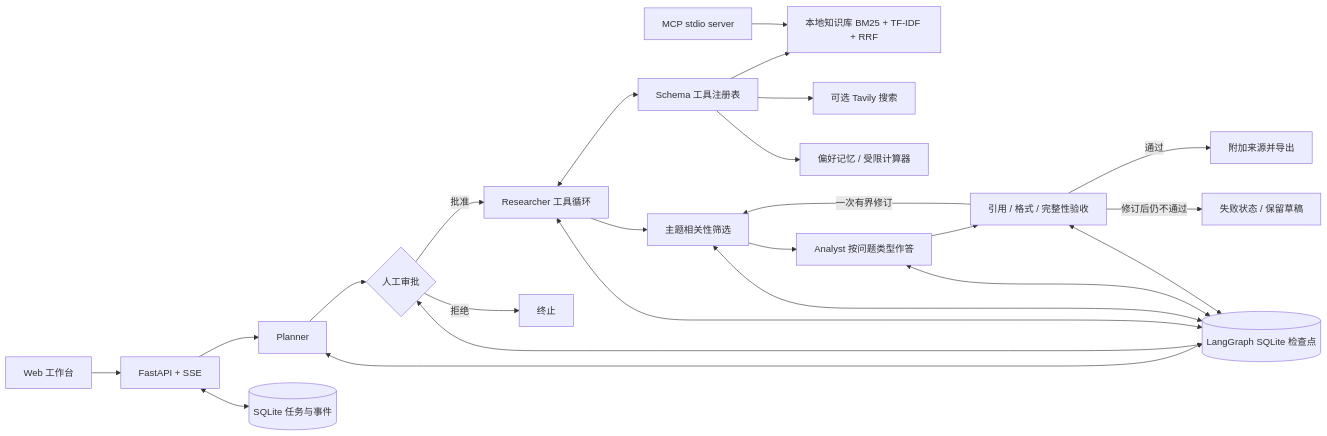
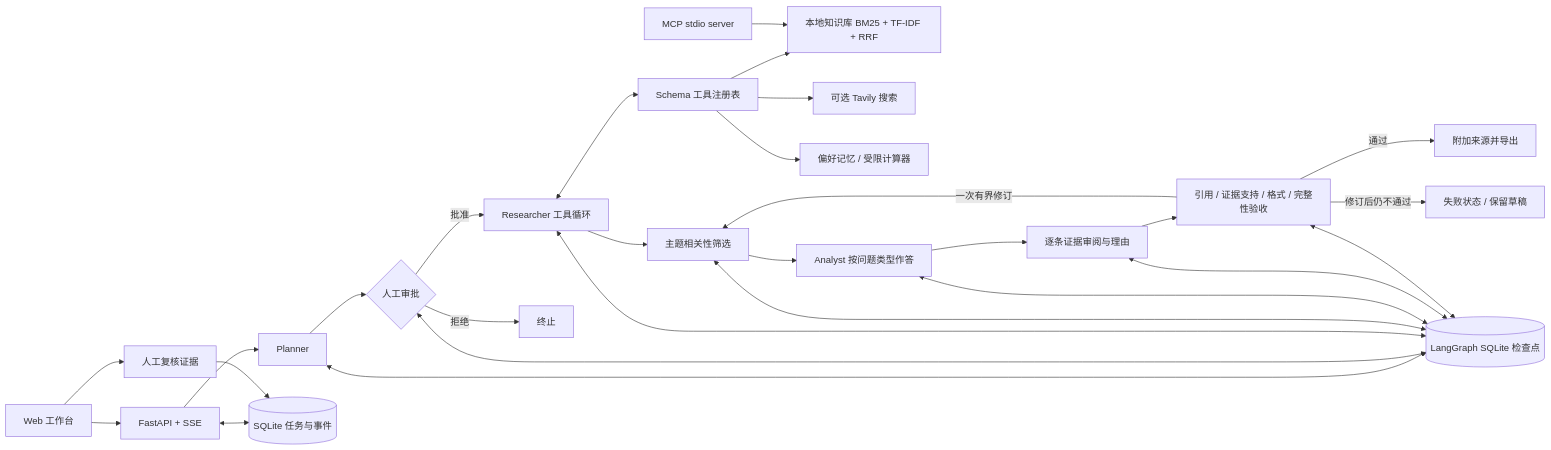
Before and after one commit to qingafun/evidenceforge-agent: the diagram in docs/ARCHITECTURE.md, drawn with Mermaid. The commit also changed other lines of this file and 15 other files, not shown here.

````diff
--- a/docs/ARCHITECTURE.md
+++ b/docs/ARCHITECTURE.md
@@ -5,21 +5,24 @@
 ```mermaid
 flowchart LR
     UI[Web 工作台] --> API[FastAPI + SSE]
     API --> P[Planner]
     P --> H{人工审批}
     H -- 批准 --> R[Researcher 工具循环]
     H -- 拒绝 --> X[终止]
     R <--> T[Schema 工具注册表]
     T --> K[本地知识库 BM25 + TF-IDF + RRF]
     T --> W[可选 Tavily 搜索]
     T --> M[偏好记忆 / 受限计算器]
     R --> E[主题相关性筛选]
     E --> A[Analyst 按问题类型作答]
-    A --> C[引用 / 格式 / 完整性验收]
+    A --> V[逐条证据审阅与理由]
+    V --> C[引用 / 证据支持 / 格式 / 完整性验收]
     C -- 一次有界修订 --> E
     C -- 通过 --> F[附加来源并导出]
     C -- 修订后仍不通过 --> D[失败状态 / 保留草稿]
     API <--> S[(SQLite 任务与事件)]
-    P & H & R & E & A & C <--> CP[(LangGraph SQLite 检查点)]
+    P & H & R & E & A & V & C <--> CP[(LangGraph SQLite 检查点)]
+    UI --> HR[人工复核证据]
+    HR --> S
     MCP[MCP stdio server] --> K
 ```
````
